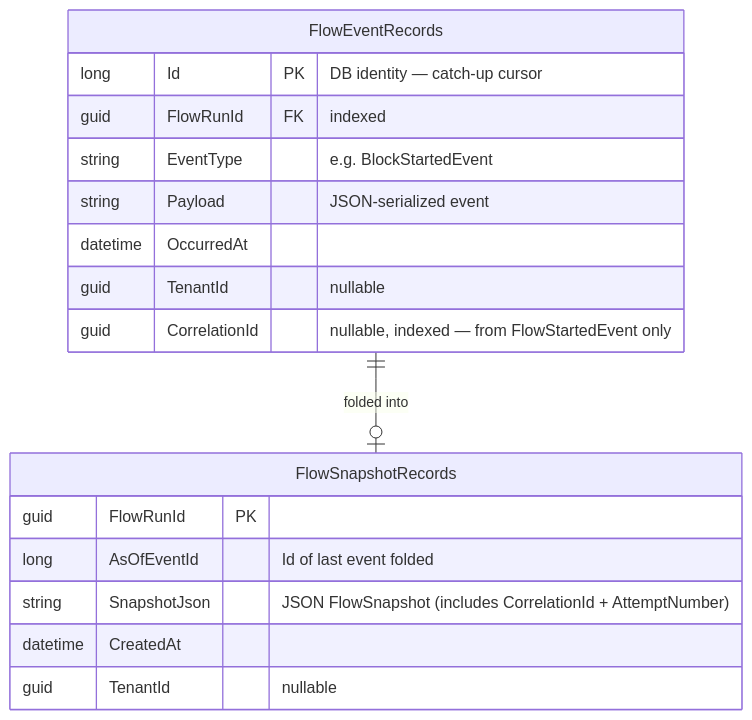
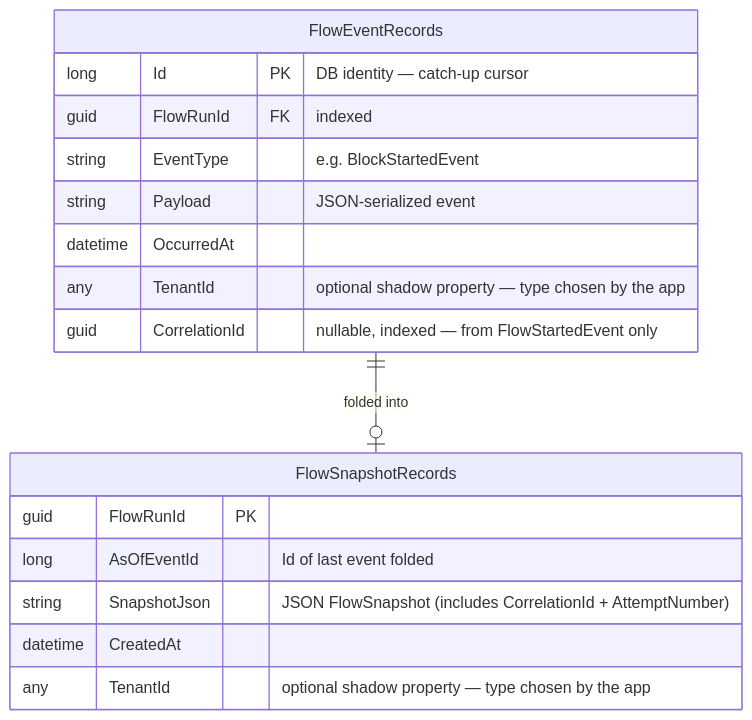
One commit to dazinator/DataFlow changed the sixth of 7 diagrams in poc/docs/design/flow-visualization.md. Above: the diagram before and after it, drawn with Mermaid. The commit also changed other lines of this file and 4 other files, not shown here.

First line of the commit message:
Remove Guid? TenantId CLR property from DataFlow visualization entities to allow shadow-property tenant filtering of any type

````diff
--- a/poc/docs/design/flow-visualization.md
+++ b/poc/docs/design/flow-visualization.md
@@ -245,22 +245,22 @@
 ```mermaid
 erDiagram
     FlowEventRecords {
         long    Id             PK "DB identity — catch-up cursor"
         guid    FlowRunId      FK "indexed"
         string  EventType         "e.g. BlockStartedEvent"
         string  Payload           "JSON-serialized event"
         datetime OccurredAt
-        guid    TenantId       "nullable"
+        any     TenantId       "optional shadow property — type chosen by the app"
         guid    CorrelationId  "nullable, indexed — from FlowStartedEvent only"
     }
 
     FlowSnapshotRecords {
         guid    FlowRunId   PK
         long    AsOfEventId    "Id of last event folded"
         string  SnapshotJson   "JSON FlowSnapshot (includes CorrelationId + AttemptNumber)"
         datetime CreatedAt
-        guid    TenantId    "nullable"
+        any     TenantId    "optional shadow property — type chosen by the app"
     }
 
     FlowEventRecords ||--o| FlowSnapshotRecords : "folded into"
 ```
````
